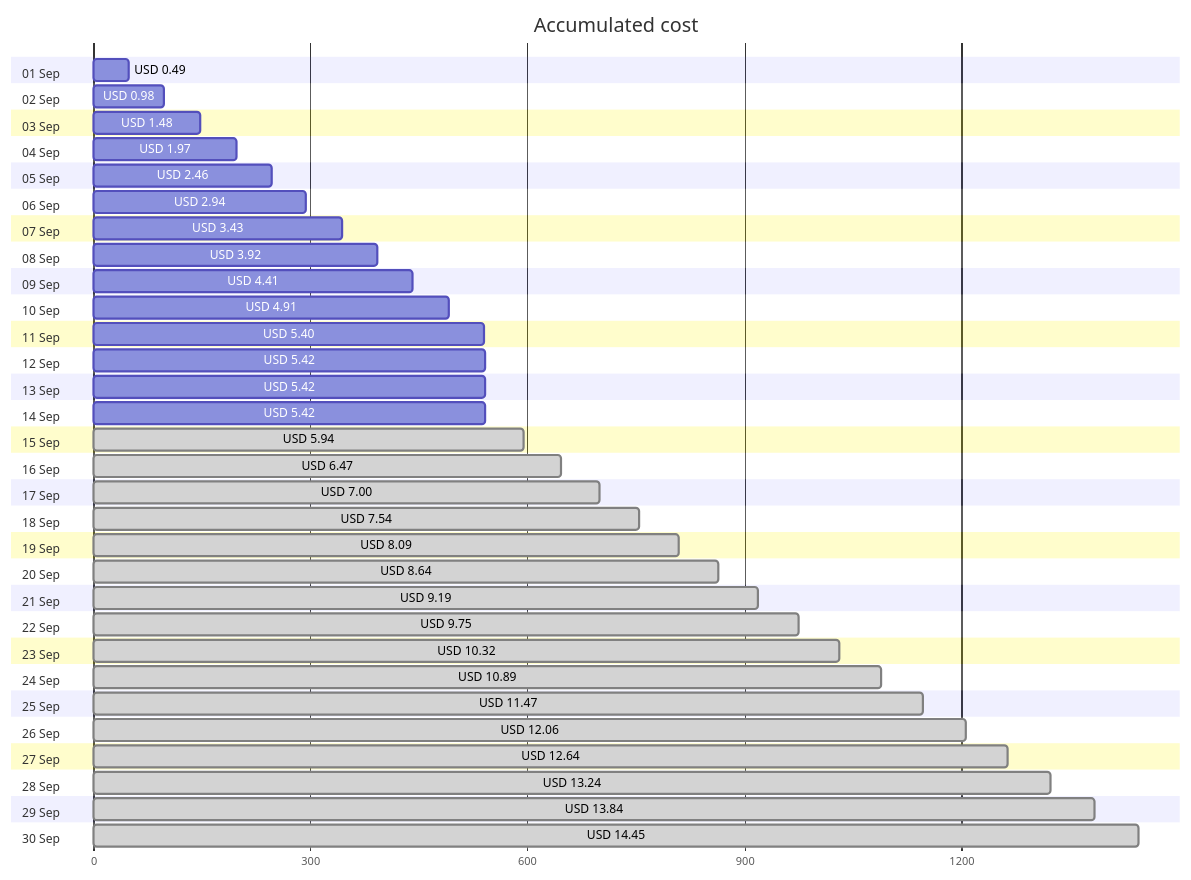
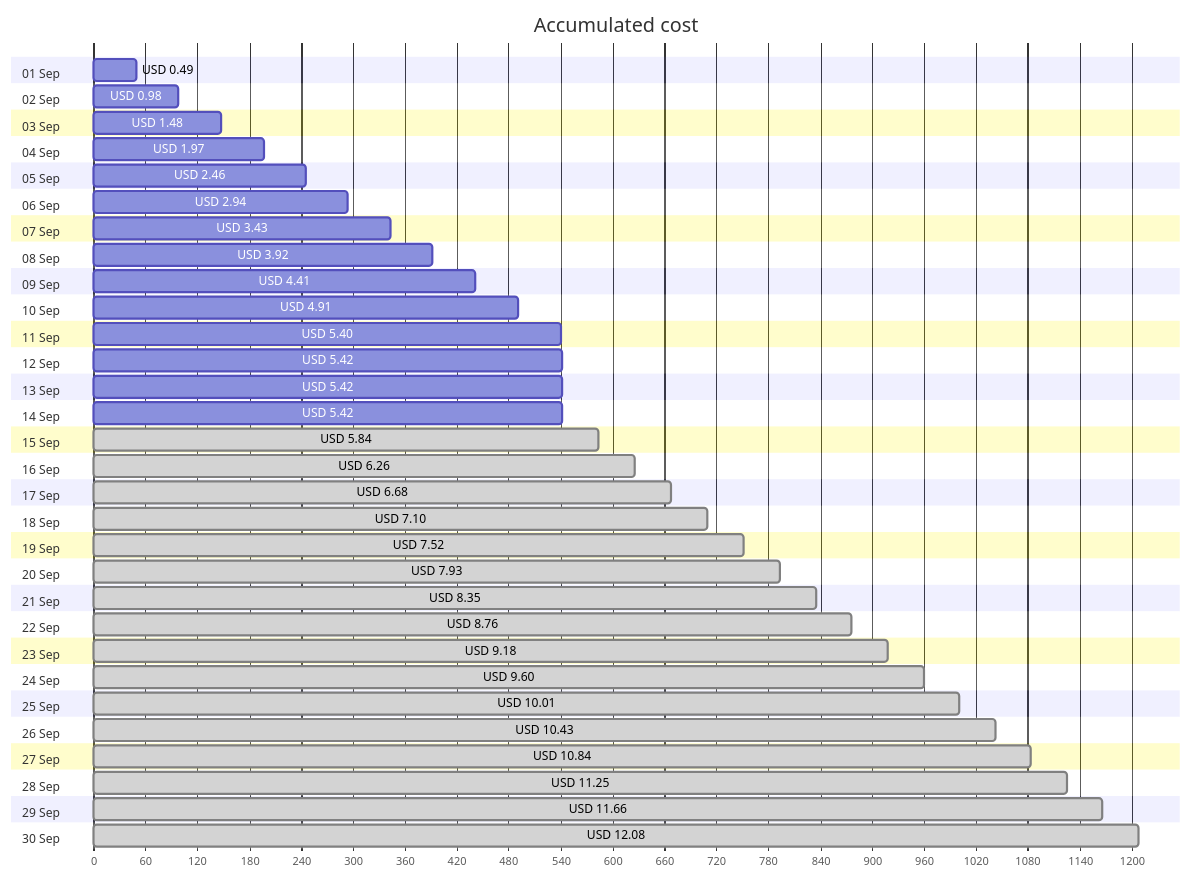
One commit to jpfulton/azure-personal-reports changed the first of 4 diagrams in cost-reports/personal-site/personalsiteapistorage.md. Above: the diagram before and after it, drawn with Mermaid. The commit also changed other lines of this file and 37 other files, not shown here.

````diff
--- a/cost-reports/personal-site/personalsiteapistorage.md
+++ b/cost-reports/personal-site/personalsiteapistorage.md
@@ -20,66 +20,66 @@
 ```mermaid
 gantt
    title Accumulated cost
    dateFormat  X
    axisFormat %s
    section 01 Sep
    USD 0.49 :0, 49
    section 02 Sep
    USD 0.98 :0, 98
    section 03 Sep
    USD 1.48 :0, 148
    section 04 Sep
    USD 1.97 :0, 197
    section 05 Sep
    USD 2.46 :0, 246
    section 06 Sep
    USD 2.94 :0, 294
    section 07 Sep
    USD 3.43 :0, 343
    section 08 Sep
    USD 3.92 :0, 392
    section 09 Sep
    USD 4.41 :0, 441
    section 10 Sep
    USD 4.91 :0, 491
    section 11 Sep
    USD 5.40 :0, 540
    section 12 Sep
    USD 5.42 :0, 542
    section 13 Sep
    USD 5.42 :0, 542
    section 14 Sep
    USD 5.42 :0, 542
    section 15 Sep
-   USD 5.94 : done, 0, 594
+   USD 5.84 : done, 0, 584
    section 16 Sep
-   USD 6.47 : done, 0, 647
+   USD 6.26 : done, 0, 626
    section 17 Sep
-   USD 7.00 : done, 0, 700
+   USD 6.68 : done, 0, 668
    section 18 Sep
-   USD 7.54 : done, 0, 754
+   USD 7.10 : done, 0, 710
    section 19 Sep
-   USD 8.09 : done, 0, 809
+   USD 7.52 : done, 0, 752
    section 20 Sep
-   USD 8.64 : done, 0, 864
+   USD 7.93 : done, 0, 793
    section 21 Sep
-   USD 9.19 : done, 0, 919
+   USD 8.35 : done, 0, 835
    section 22 Sep
-   USD 9.75 : done, 0, 975
+   USD 8.76 : done, 0, 876
    section 23 Sep
-   USD 10.32 : done, 0, 1032
+   USD 9.18 : done, 0, 918
    section 24 Sep
-   USD 10.89 : done, 0, 1089
+   USD 9.60 : done, 0, 960
    section 25 Sep
-   USD 11.47 : done, 0, 1147
+   USD 10.01 : done, 0, 1001
    section 26 Sep
-   USD 12.06 : done, 0, 1206
+   USD 10.43 : done, 0, 1043
    section 27 Sep
-   USD 12.64 : done, 0, 1264
+   USD 10.84 : done, 0, 1084
    section 28 Sep
-   USD 13.24 : done, 0, 1324
+   USD 11.25 : done, 0, 1125
    section 29 Sep
-   USD 13.84 : done, 0, 1384
+   USD 11.66 : done, 0, 1166
    section 30 Sep
-   USD 14.45 : done, 0, 1445
+   USD 12.08 : done, 0, 1208
 ```
````
